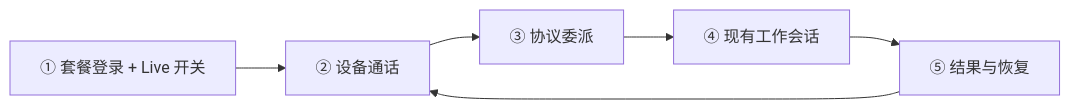
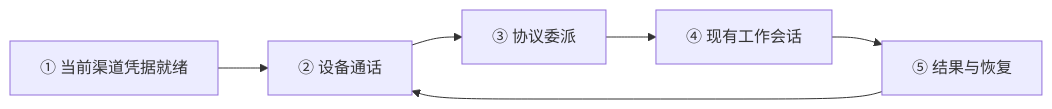
One commit to mimimaster/piwin changed the first of 2 diagrams in docs/specs/2026-08-28-codex-live-product.md. Above: the diagram before and after it, drawn with Mermaid. The commit also changed other lines of this file and 105 other files, not shown here.

````diff
--- a/docs/specs/2026-08-28-codex-live-product.md
+++ b/docs/specs/2026-08-28-codex-live-product.md
@@ -104,8 +107,8 @@
 ```mermaid
 flowchart LR
-  A[① 套餐登录 + Live 开关] --> B[② 设备通话]
+  A[① 当前渠道凭据就绪] --> B[② 设备通话]
   B --> C[③ 协议委派]
   C --> D[④ 现有工作会话]
   D --> E[⑤ 结果与恢复]
   E --> B
 ```
````
